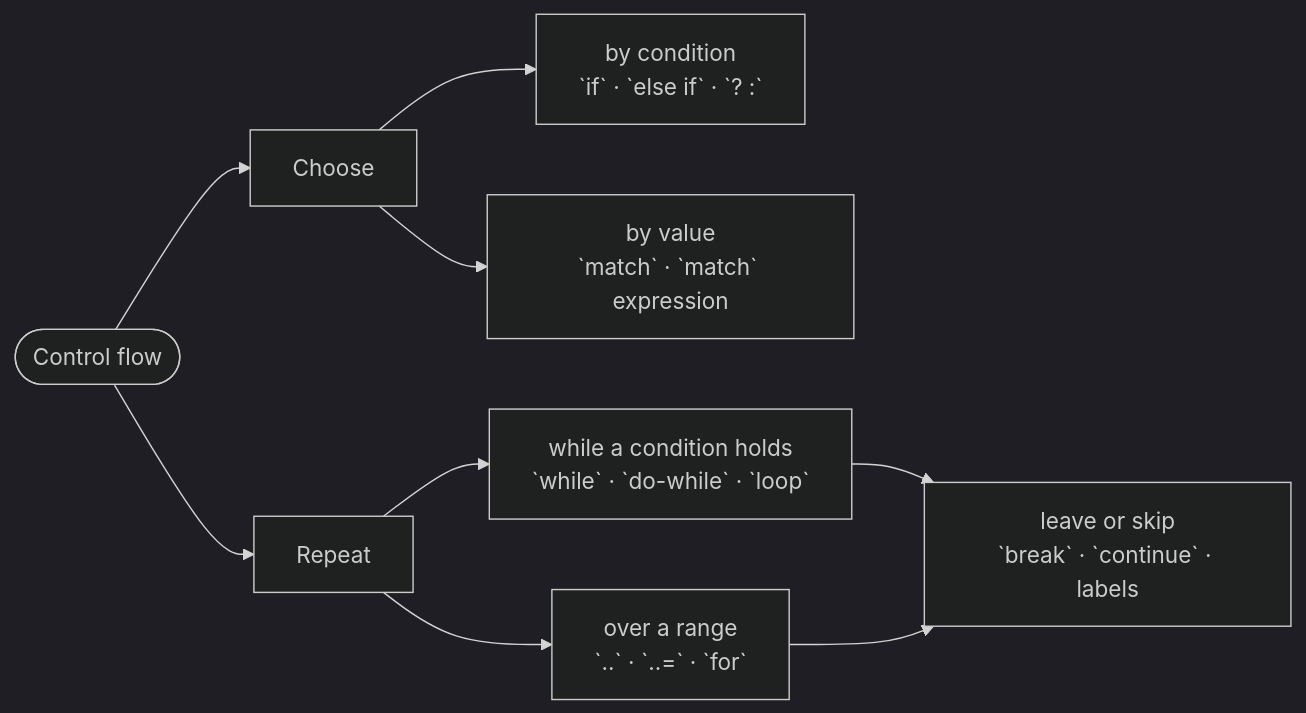
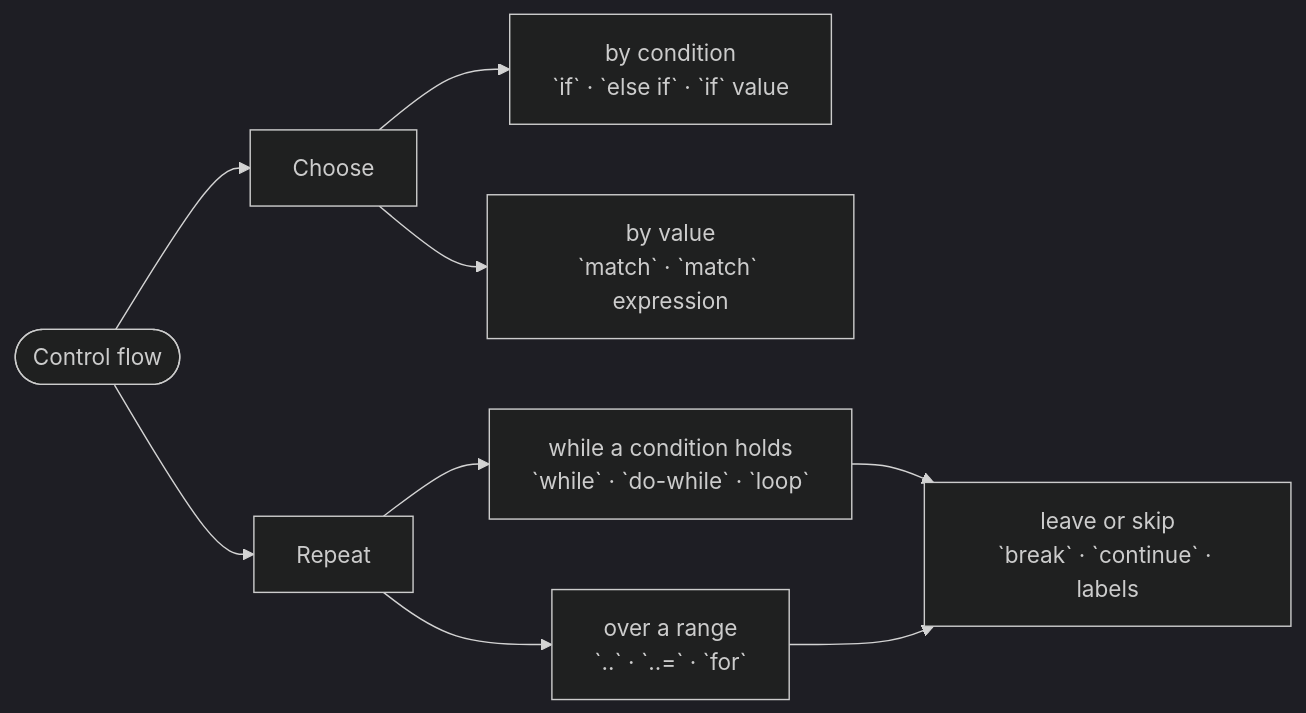
One commit to rux-lang/Web changed the diagram in content/docs/1.learn/03.control-flow/00.index.md. Above: the diagram before and after it, drawn with Mermaid (dark theme). The commit also changed other lines of this file and 736 other files, not shown here.

````diff
--- a/content/docs/1.learn/03.control-flow/00.index.md
+++ b/content/docs/1.learn/03.control-flow/00.index.md
@@ -24,11 +24,11 @@
 ```mermaid
 flowchart LR
     cf(["Control flow"]) --> choose["Choose"]
     cf --> repeat["Repeat"]
-    choose --> by_cond["by condition<br/>`if` · `else if` · `? :`"]
+    choose --> by_cond["by condition<br/>`if` · `else if` · `if` value"]
     choose --> by_value["by value<br/>`match` · `match` expression"]
     repeat --> by_test["while a condition holds<br/>`while` · `do-while` · `loop`"]
     repeat --> by_range["over a range<br/>`..` · `..=` · `for`"]
     by_test --> jump["leave or skip<br/>`break` · `continue` · labels"]
     by_range --> jump
 ```
````
